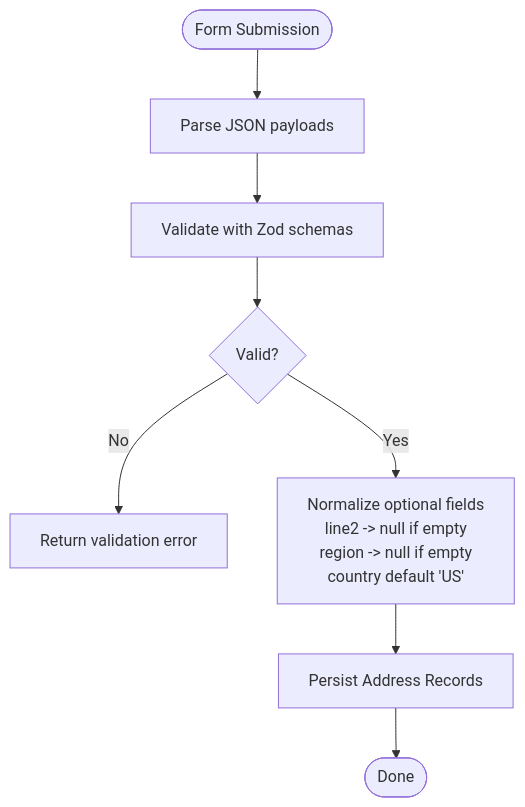
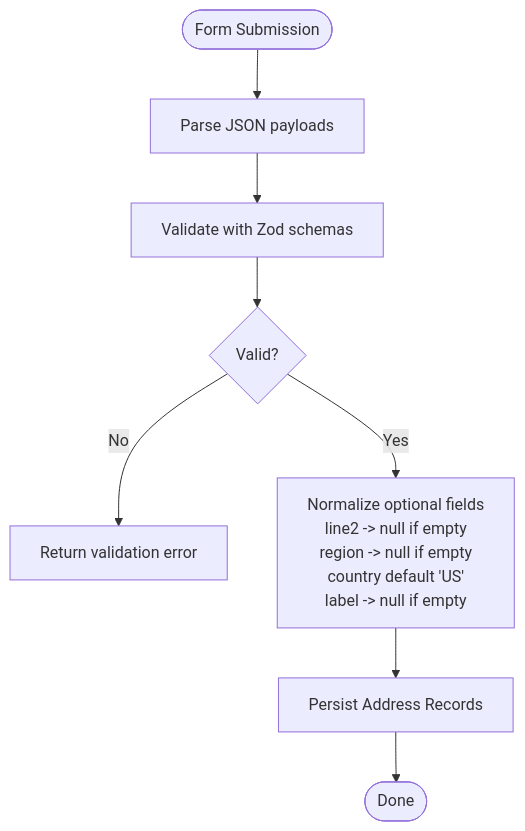
One commit to gyamposudodzi/Timberland changed the fourth of 17 diagrams in .qoder/repowiki/en/content/Shipment Management/Address Management.md. Above: the diagram before and after it, drawn with Mermaid. The commit also changed other lines of this file and 78 other files, not shown here.

````diff
--- a/.qoder/repowiki/en/content/Shipment Management/Address Management.md
+++ b/.qoder/repowiki/en/content/Shipment Management/Address Management.md
@@ -242,10 +253,10 @@
 ```mermaid
 flowchart TD
 Start(["Form Submission"]) --> Parse["Parse JSON payloads"]
 Parse --> Validate["Validate with Zod schemas"]
 Validate --> Valid{"Valid?"}
 Valid --> |No| Error["Return validation error"]
-Valid --> |Yes| Normalize["Normalize optional fields<br/>line2 -> null if empty<br/>region -> null if empty<br/>country default 'US'"]
+Valid --> |Yes| Normalize["Normalize optional fields<br/>line2 -> null if empty<br/>region -> null if empty<br/>country default 'US'<br/>label -> null if empty"]
 Normalize --> Persist["Persist Address Records"]
 Persist --> End(["Done"])
 ```
````
